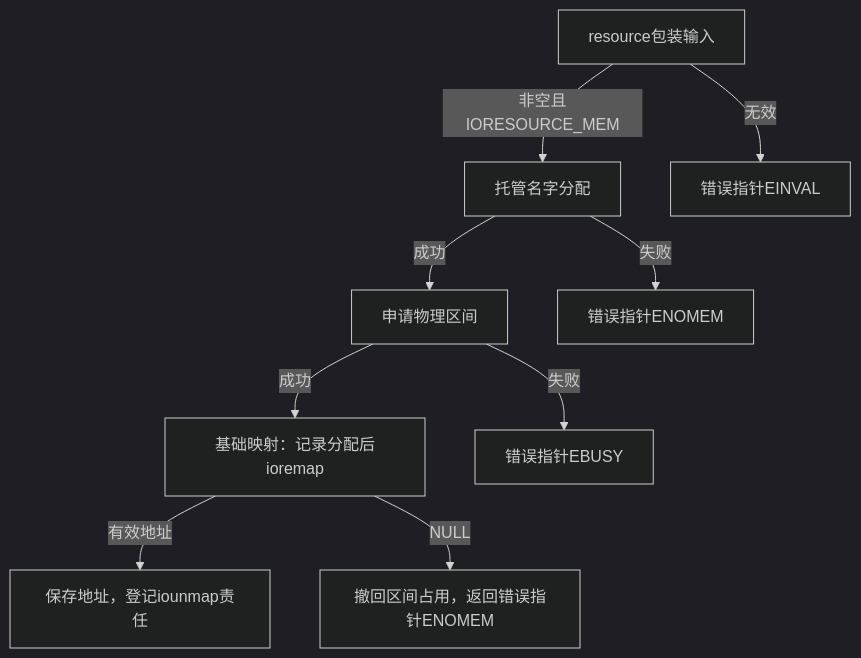
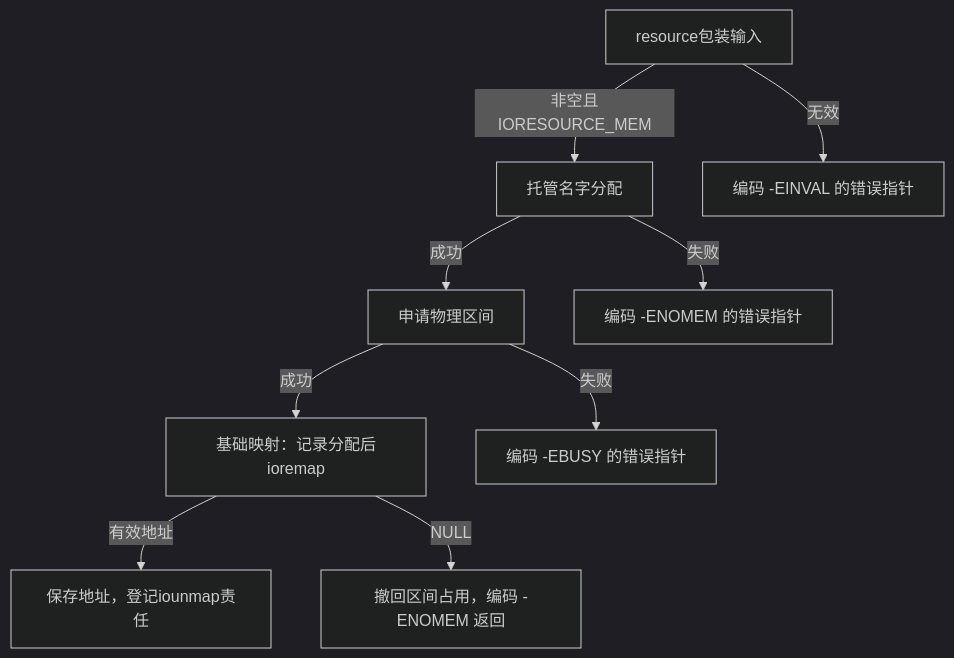
The diagram in research/source_reading/devres/navigation/P03_内存映射与中断资源导读.md (FormingSystem/linux_note), drawn with Mermaid (dark theme) before and after one commit. The commit also changed other lines of this file and 8 other files, not shown here.

````diff
--- a/research/source_reading/devres/navigation/P03_内存映射与中断资源导读.md
+++ b/research/source_reading/devres/navigation/P03_内存映射与中断资源导读.md
@@ -25,11 +25,11 @@
 ```mermaid
 flowchart TD
     start["resource包装输入"] -->|"非空且IORESOURCE_MEM"| name["托管名字分配"]
-    start -->|"无效"| invalid["错误指针EINVAL"]
+    start -->|"无效"| invalid["编码 -EINVAL 的错误指针"]
     name -->|"成功"| region["申请物理区间"]
     region -->|"成功"| mapping["基础映射：记录分配后ioremap"]
     mapping -->|"有效地址"| registered["保存地址，登记iounmap责任"]
-    mapping -->|"NULL"| rollback["撤回区间占用，返回错误指针ENOMEM"]
-    name -->|"失败"| memory["错误指针ENOMEM"]
-    region -->|"失败"| busy["错误指针EBUSY"]
+    mapping -->|"NULL"| rollback["撤回区间占用，编码 -ENOMEM 返回"]
+    name -->|"失败"| memory["编码 -ENOMEM 的错误指针"]
+    region -->|"失败"| busy["编码 -EBUSY 的错误指针"]
 ```
````
